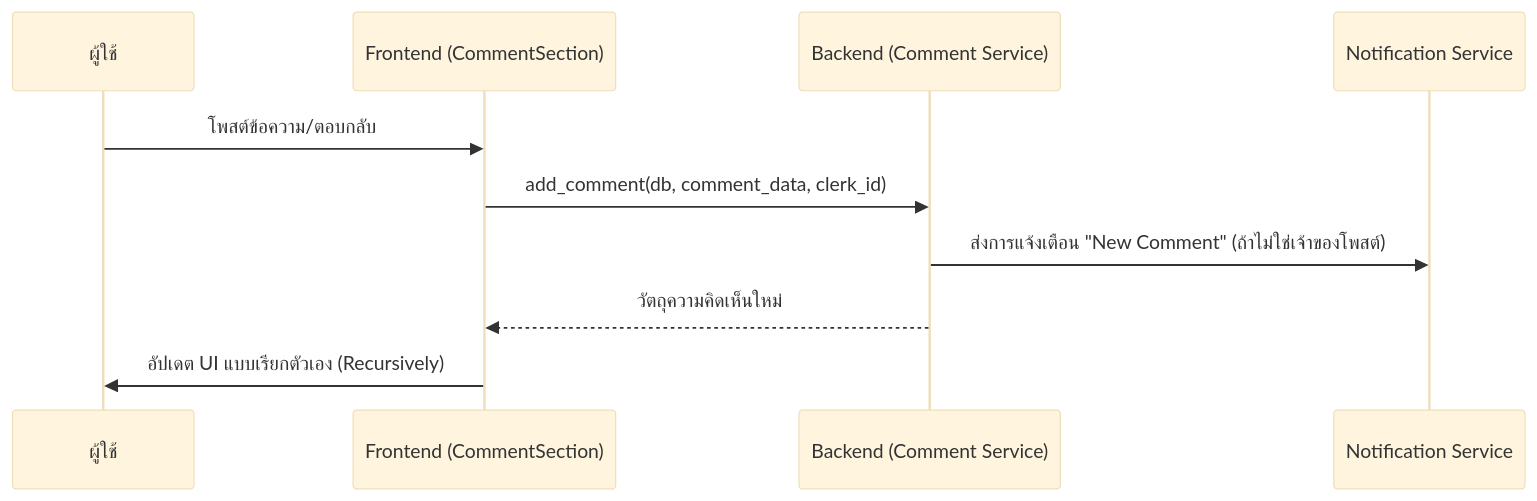
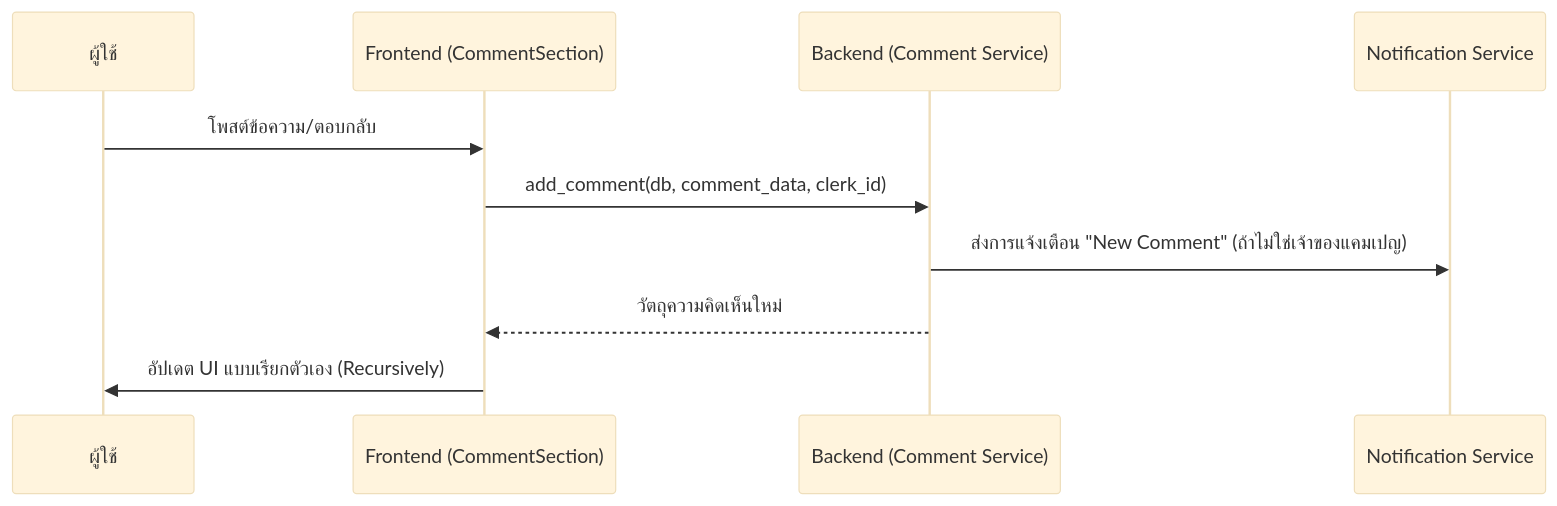
One commit to o-kard/okard-backend changed the diagram in docs/developer_manual/th/comment_module_manual.md. Above: the diagram before and after it, drawn with Mermaid (base theme). The commit also changed other lines of this file and 11 other files, not shown here.

````diff
--- a/docs/developer_manual/th/comment_module_manual.md
+++ b/docs/developer_manual/th/comment_module_manual.md
@@ -27,13 +27,13 @@
 ```mermaid
 sequenceDiagram
     participant User as ผู้ใช้
     participant CI as Frontend (CommentSection)
     participant Svc as Backend (Comment Service)
     participant Notif as Notification Service
 
     User->>CI: โพสต์ข้อความ/ตอบกลับ
     CI->>Svc: add_comment(db, comment_data, clerk_id)
-    Svc->>Notif: ส่งการแจ้งเตือน "New Comment" (ถ้าไม่ใช่เจ้าของโพสต์)
+    Svc->>Notif: ส่งการแจ้งเตือน "New Comment" (ถ้าไม่ใช่เจ้าของแคมเปญ)
     Svc-->>CI: วัตถุความคิดเห็นใหม่
     CI->>User: อัปเดต UI แบบเรียกตัวเอง (Recursively)
 ```
````
